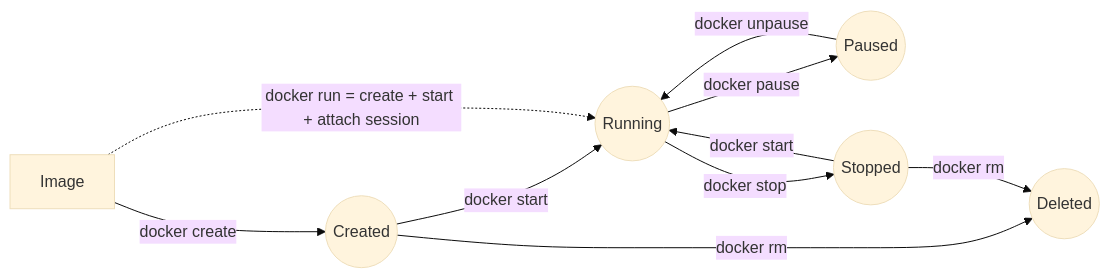
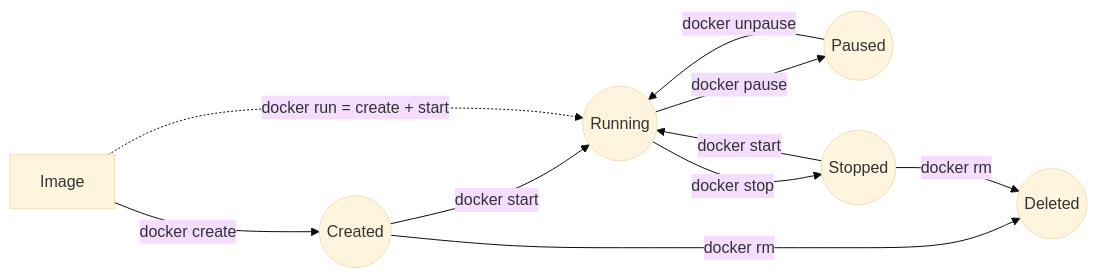
The diagram in computing/containers-and-env/docker/README.md (JohnnyFan0875/notebook), drawn with Mermaid (base theme) before and after one commit. The commit also changed other lines of this file and 14 other files, not shown here.

````diff
--- a/computing/containers-and-env/docker/README.md
+++ b/computing/containers-and-env/docker/README.md
@@ -7,22 +32,12 @@
-  ```mermaid
-  flowchart LR
-      Image[Image]
-      Created((Created))
-      Running((Running))
-      Paused((Paused))
-      Stopped((Stopped))
-      Deleted((Deleted))
-
-      %% lifecycle
-      Image -->|docker create| Created
-      Created -->|docker start| Running
-      Running -->|docker pause| Paused
-      Paused -->|docker unpause| Running
-      Running -->|docker stop| Stopped
-      Stopped -->|docker start| Running
-      Created -->|docker rm| Deleted
-      Stopped -->|docker rm| Deleted
-
-      %% annotation
-      Image -.->|docker run = create + start + attach session| Running
-  ```
+```mermaid
+flowchart LR
+    Image[Image] -->|docker create| Created((Created))
+    Created -->|docker start| Running((Running))
+    Running -->|docker pause| Paused((Paused))
+    Paused -->|docker unpause| Running
+    Running -->|docker stop| Stopped((Stopped))
+    Stopped -->|docker start| Running
+    Created -->|docker rm| Deleted((Deleted))
+    Stopped -->|docker rm| Deleted
+    Image -.->|docker run = create + start| Running
+```
````
